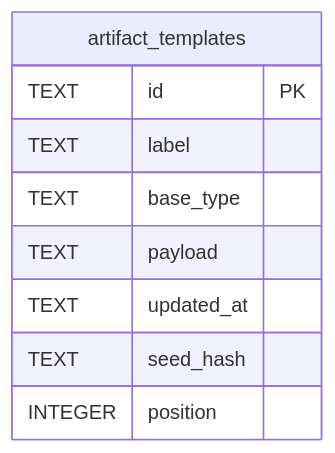
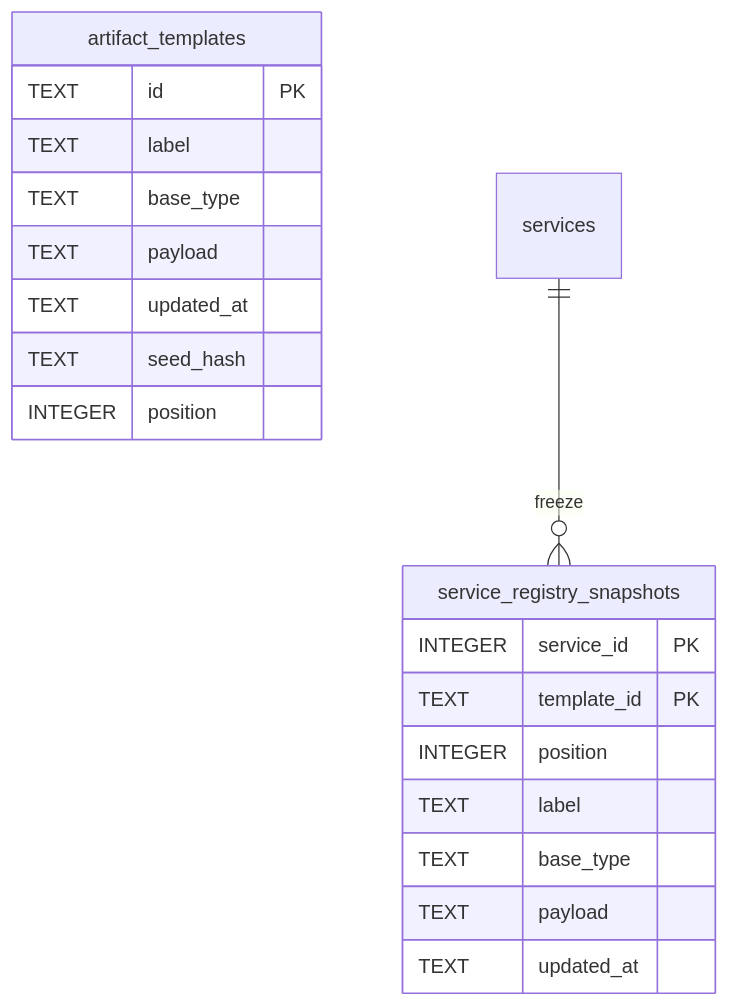
Before and after one commit to wiradigitalid/worship-presenter-web: the diagram in .how/registry/05-model/data-model.md, drawn with Mermaid. The commit also changed other lines of this file and 201 other files, not shown here.

First line of the commit message:
feat: freeze registry per service and close W1

````diff
--- a/.how/registry/05-model/data-model.md
+++ b/.how/registry/05-model/data-model.md
@@ -11,12 +11,22 @@
 ```mermaid
 erDiagram
   artifact_templates {
     TEXT id PK
     TEXT label
     TEXT base_type
     TEXT payload
     TEXT updated_at
     TEXT seed_hash
     INTEGER position
   }
+  services ||--o{ service_registry_snapshots : "freeze"
+  service_registry_snapshots {
+    INTEGER service_id PK
+    TEXT template_id PK
+    INTEGER position
+    TEXT label
+    TEXT base_type
+    TEXT payload
+    TEXT updated_at
+  }
 ```
````
